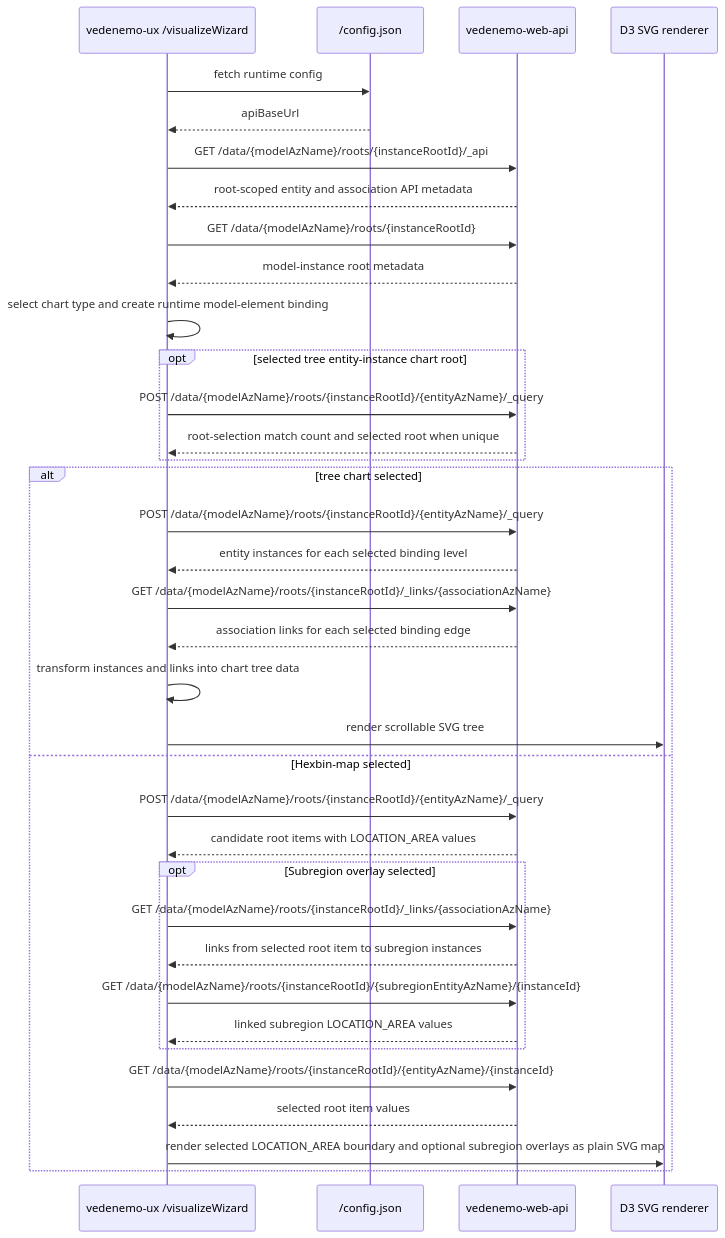
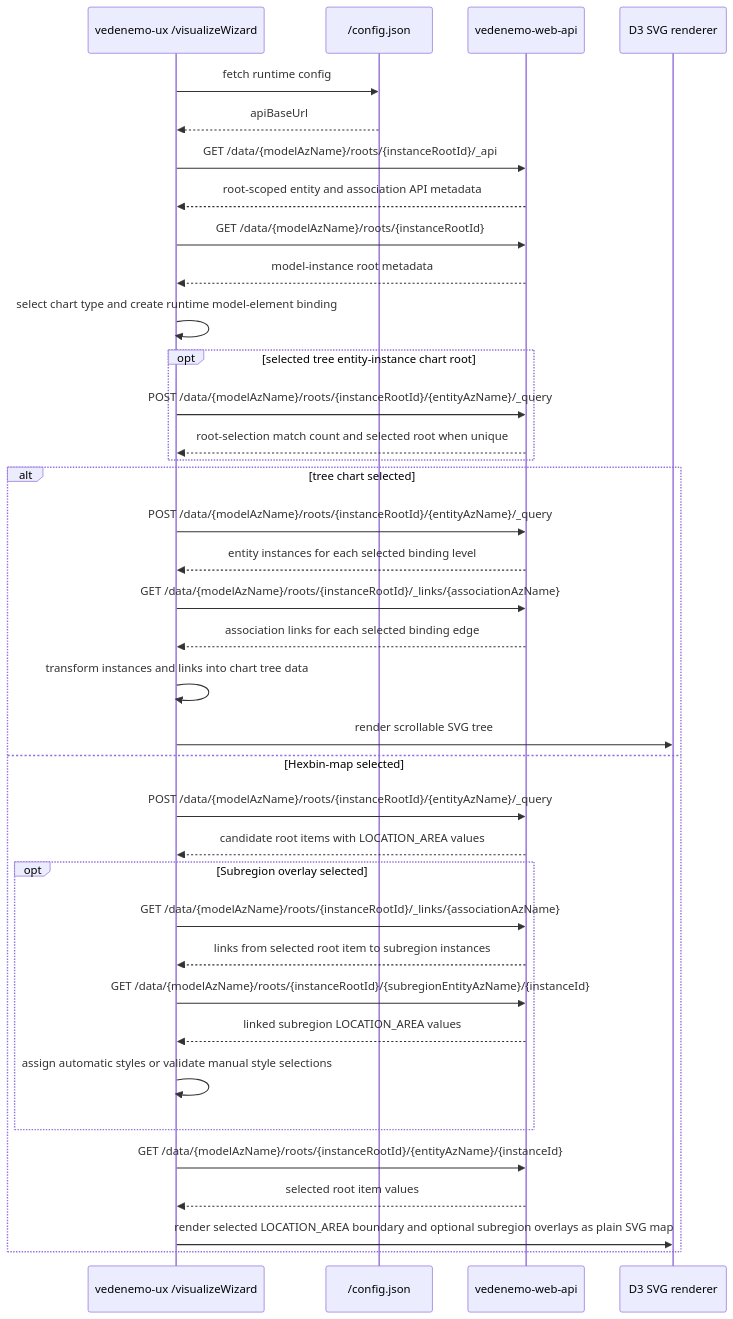
The tenth of 12 diagrams in docs/architecture_doc.md (VedenemoDev/VedenemoMonorepo), drawn with Mermaid before and after one commit. The commit also changed other lines of this file and 7 other files, not shown here.

````diff
--- a/docs/architecture_doc.md
+++ b/docs/architecture_doc.md
@@ -997,39 +997,40 @@
 ```mermaid
 sequenceDiagram
     participant UX as vedenemo-ux /visualizeWizard
     participant Config as /config.json
     participant API as vedenemo-web-api
     participant D3 as D3 SVG renderer
 
     UX->>Config: fetch runtime config
     Config-->>UX: apiBaseUrl
     UX->>API: GET /data/{modelAzName}/roots/{instanceRootId}/_api
     API-->>UX: root-scoped entity and association API metadata
     UX->>API: GET /data/{modelAzName}/roots/{instanceRootId}
     API-->>UX: model-instance root metadata
     UX->>UX: select chart type and create runtime model-element binding
     opt selected tree entity-instance chart root
         UX->>API: POST /data/{modelAzName}/roots/{instanceRootId}/{entityAzName}/_query
         API-->>UX: root-selection match count and selected root when unique
     end
     alt tree chart selected
         UX->>API: POST /data/{modelAzName}/roots/{instanceRootId}/{entityAzName}/_query
         API-->>UX: entity instances for each selected binding level
         UX->>API: GET /data/{modelAzName}/roots/{instanceRootId}/_links/{associationAzName}
         API-->>UX: association links for each selected binding edge
         UX->>UX: transform instances and links into chart tree data
         UX->>D3: render scrollable SVG tree
     else Hexbin-map selected
         UX->>API: POST /data/{modelAzName}/roots/{instanceRootId}/{entityAzName}/_query
         API-->>UX: candidate root items with LOCATION_AREA values
         opt Subregion overlay selected
             UX->>API: GET /data/{modelAzName}/roots/{instanceRootId}/_links/{associationAzName}
             API-->>UX: links from selected root item to subregion instances
             UX->>API: GET /data/{modelAzName}/roots/{instanceRootId}/{subregionEntityAzName}/{instanceId}
             API-->>UX: linked subregion LOCATION_AREA values
+            UX->>UX: assign automatic styles or validate manual style selections
         end
         UX->>API: GET /data/{modelAzName}/roots/{instanceRootId}/{entityAzName}/{instanceId}
         API-->>UX: selected root item values
         UX->>D3: render selected LOCATION_AREA boundary and optional subregion overlays as plain SVG map
     end
 ```
````
